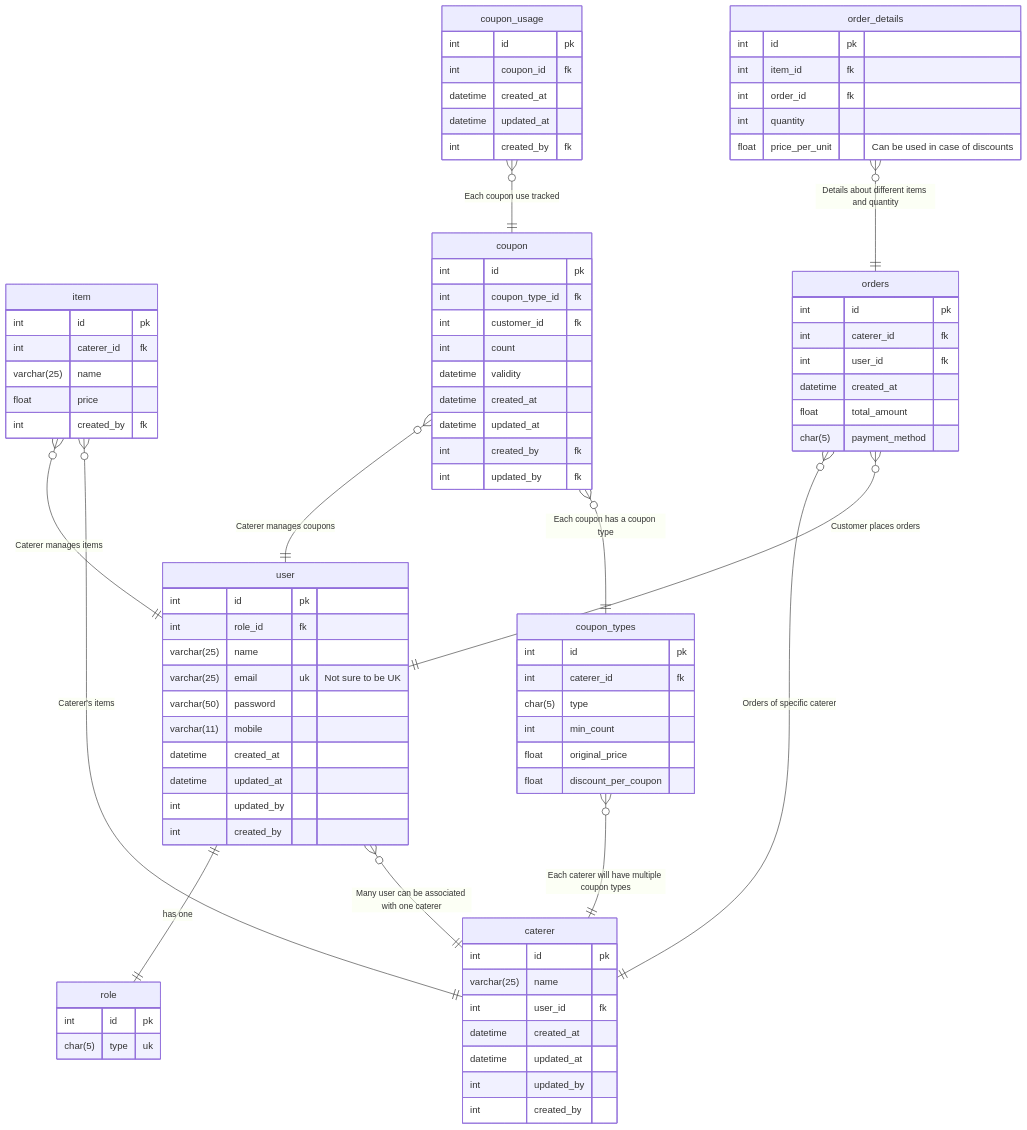
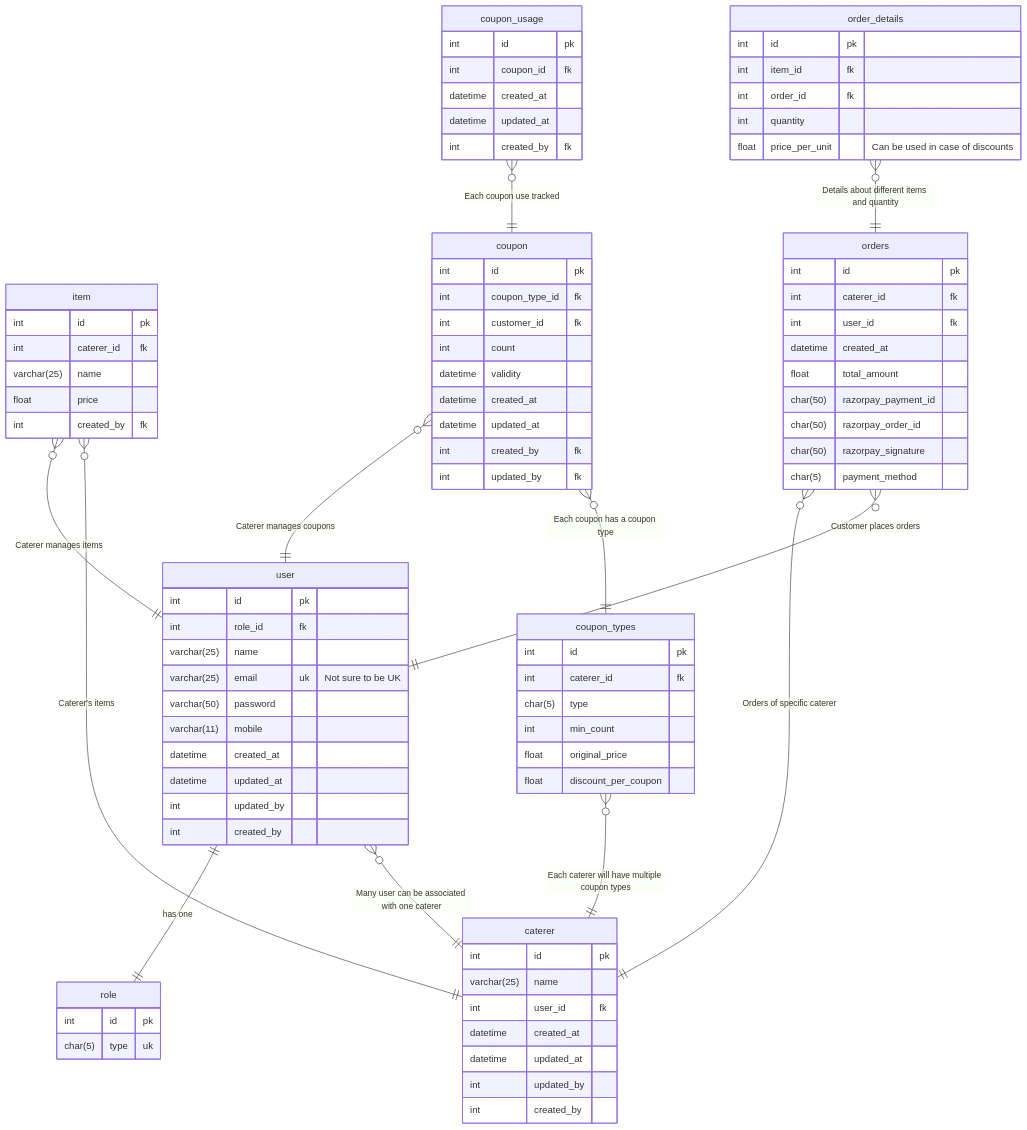
One commit to devnev39/cms-all changed the diagram in meta/er/er.md. Above: the diagram before and after it, drawn with Mermaid. The commit also changed 10 other files, not shown here.

```diff
--- a/meta/er/er.md
+++ b/meta/er/er.md
@@ -64,6 +64,9 @@
         %% int item_id fk
         datetime created_at
         float total_amount
+        char(50) razorpay_payment_id
+        char(50) razorpay_order_id
+        char(50) razorpay_signature
         char(5) payment_method
     }
 
```
